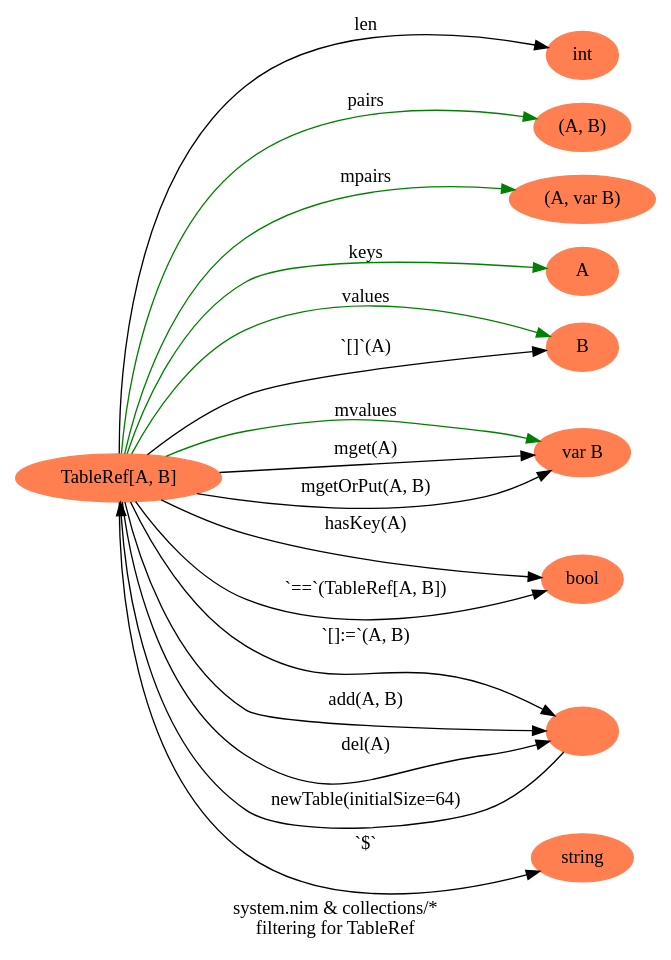
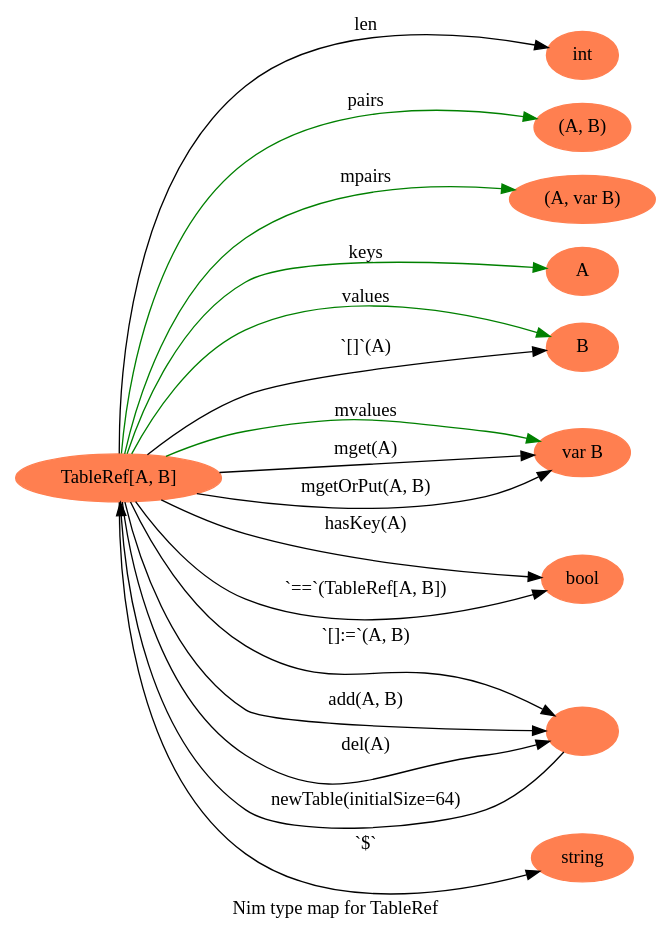
Before and after one commit to petermora/nimDot: the diagram in output/TableRef.dot, drawn with Graphviz. The commit also changed 31 other files, not shown here.

```diff
--- a/output/TableRef.dot
+++ b/output/TableRef.dot
@@ -1,33 +1,32 @@
 digraph {
 graph [
-label = "system.nim & collections/*
-filtering for TableRef";
+label = "Nim type map for TableRef";
 rankdir=LR;
 ];
 node[color=coral, style=filled, label="TableRef[A, B]" ] N0;
 node[color=coral, style=filled, label="int" ] N1;
 N0 -> N1 [color="", label="len" ];
 node[color=coral, style=filled, label="(A, B)" ] N2;
 N0 -> N2 [color="green", label="pairs" ];
 node[color=coral, style=filled, label="(A, var B)" ] N3;
 N0 -> N3 [color="green", label="mpairs" ];
 node[color=coral, style=filled, label="A" ] N4;
 N0 -> N4 [color="green", label="keys" ];
 node[color=coral, style=filled, label="B" ] N5;
 N0 -> N5 [color="green", label="values" ];
 node[color=coral, style=filled, label="var B" ] N6;
 N0 -> N6 [color="green", label="mvalues" ];
 N0 -> N5 [color="", label="`[]`(A)" ];
 N0 -> N6 [color="", label="mget(A)" ];
 N0 -> N6 [color="", label="mgetOrPut(A, B)" ];
 node[color=coral, style=filled, label="bool" ] N7;
 N0 -> N7 [color="", label="hasKey(A)" ];
 node[color=coral, style=filled, label="" ] N8;
 N0 -> N8 [color="", label="`[]:=`(A, B)" ];
 N0 -> N8 [color="", label="add(A, B)" ];
 N0 -> N8 [color="", label="del(A)" ];
 N8 -> N0 [color="", label="newTable(initialSize=64)" ];
 node[color=coral, style=filled, label="string" ] N9;
 N0 -> N9 [color="", label="`$`" ];
 N0 -> N7 [color="", label="`==`(TableRef[A, B])" ];
 }
```
